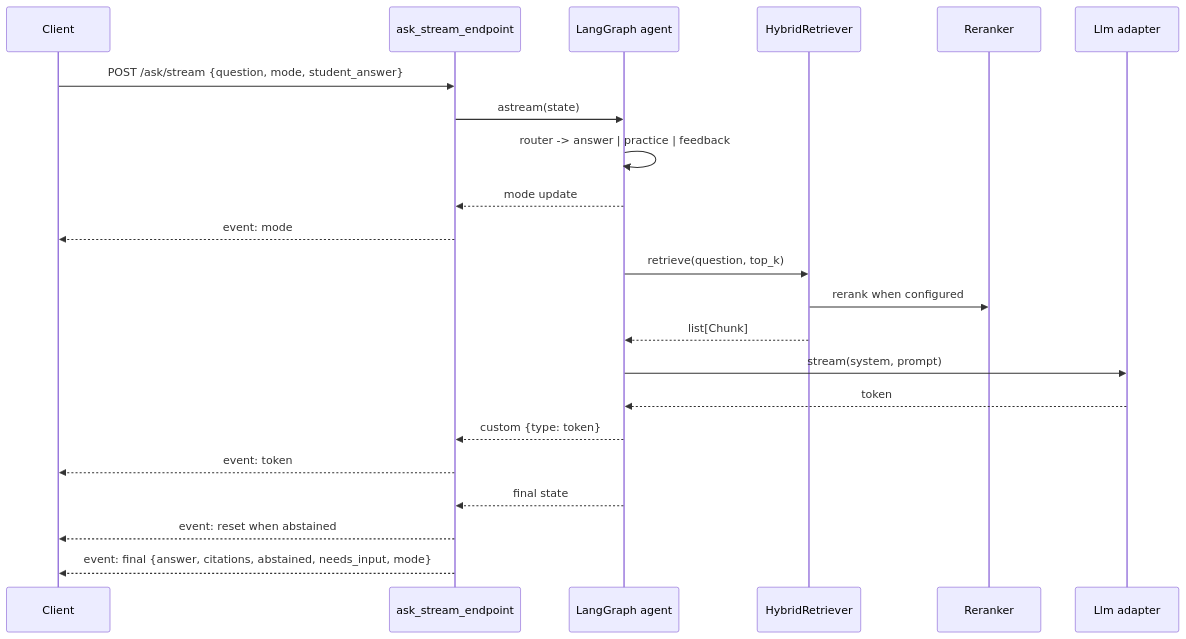
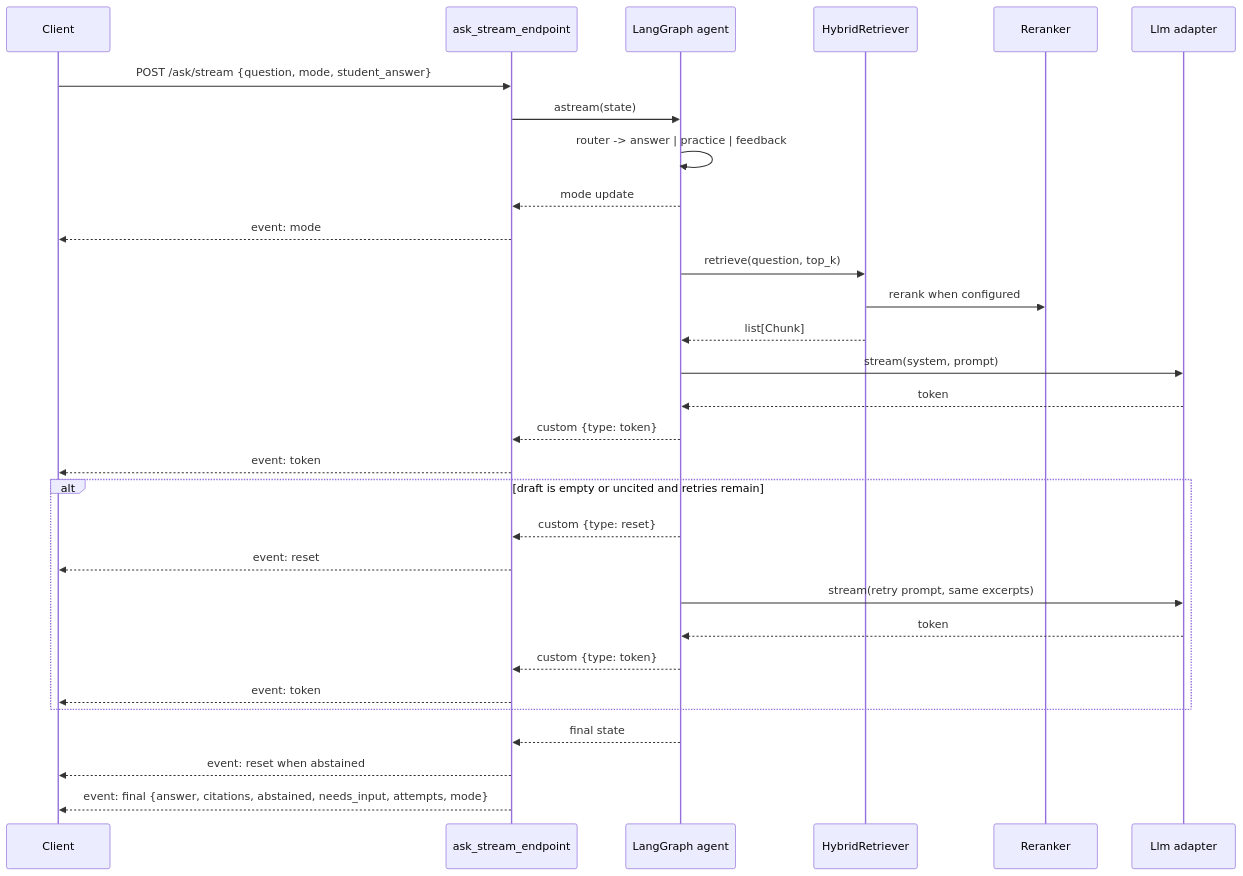
One commit to monitus2022/owl-online changed the fourth of 5 diagrams in docs/architecture.md. Above: the diagram before and after it, drawn with Mermaid. The commit also changed other lines of this file and 14 other files, not shown here.

````diff
--- a/docs/architecture.md
+++ b/docs/architecture.md
@@ -196,25 +206,33 @@
 ```mermaid
 sequenceDiagram
   participant C as Client
   participant API as ask_stream_endpoint
   participant G as LangGraph agent
   participant R as HybridRetriever
   participant RR as Reranker
   participant LLM as Llm adapter
 
   C->>API: POST /ask/stream {question, mode, student_answer}
   API->>G: astream(state)
   G->>G: router -> answer | practice | feedback
   G-->>API: mode update
   API-->>C: event: mode
   G->>R: retrieve(question, top_k)
   R->>RR: rerank when configured
   R-->>G: list[Chunk]
   G->>LLM: stream(system, prompt)
   LLM-->>G: token
   G-->>API: custom {type: token}
   API-->>C: event: token
+  alt draft is empty or uncited and retries remain
+    G-->>API: custom {type: reset}
+    API-->>C: event: reset
+    G->>LLM: stream(retry prompt, same excerpts)
+    LLM-->>G: token
+    G-->>API: custom {type: token}
+    API-->>C: event: token
+  end
   G-->>API: final state
   API-->>C: event: reset when abstained
-  API-->>C: event: final {answer, citations, abstained, needs_input, mode}
+  API-->>C: event: final {answer, citations, abstained, needs_input, attempts, mode}
 ```
````
